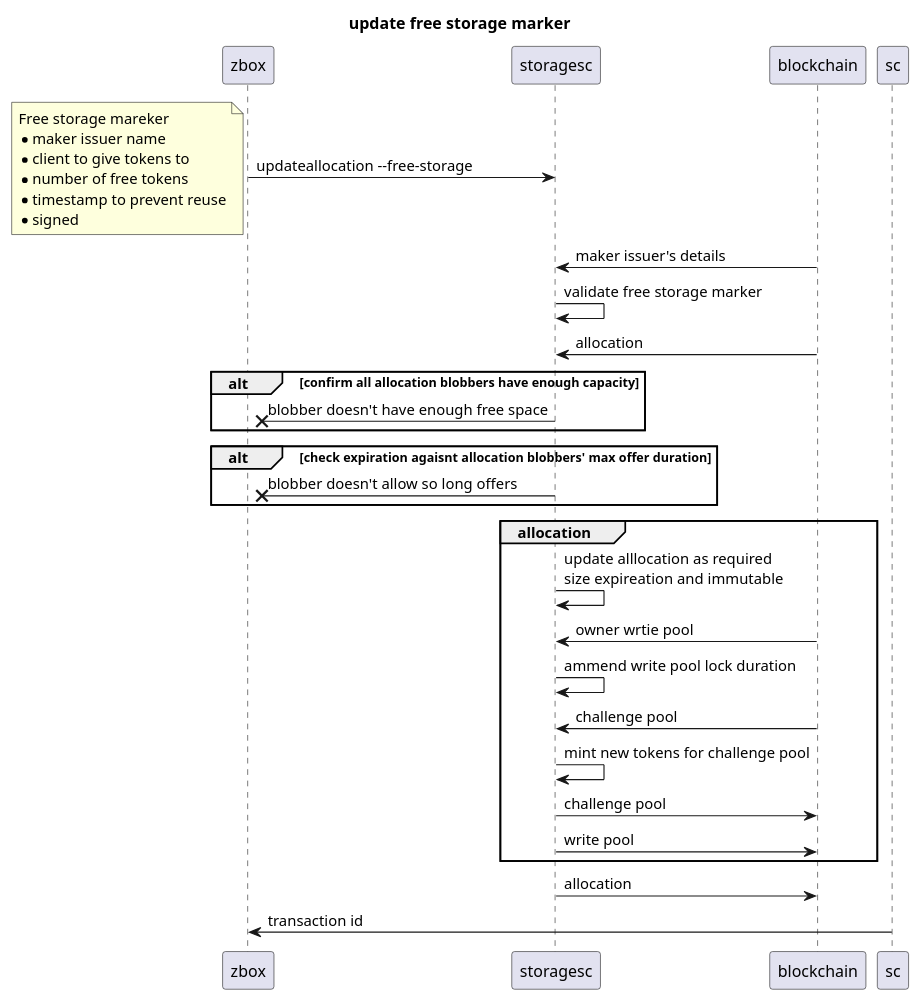
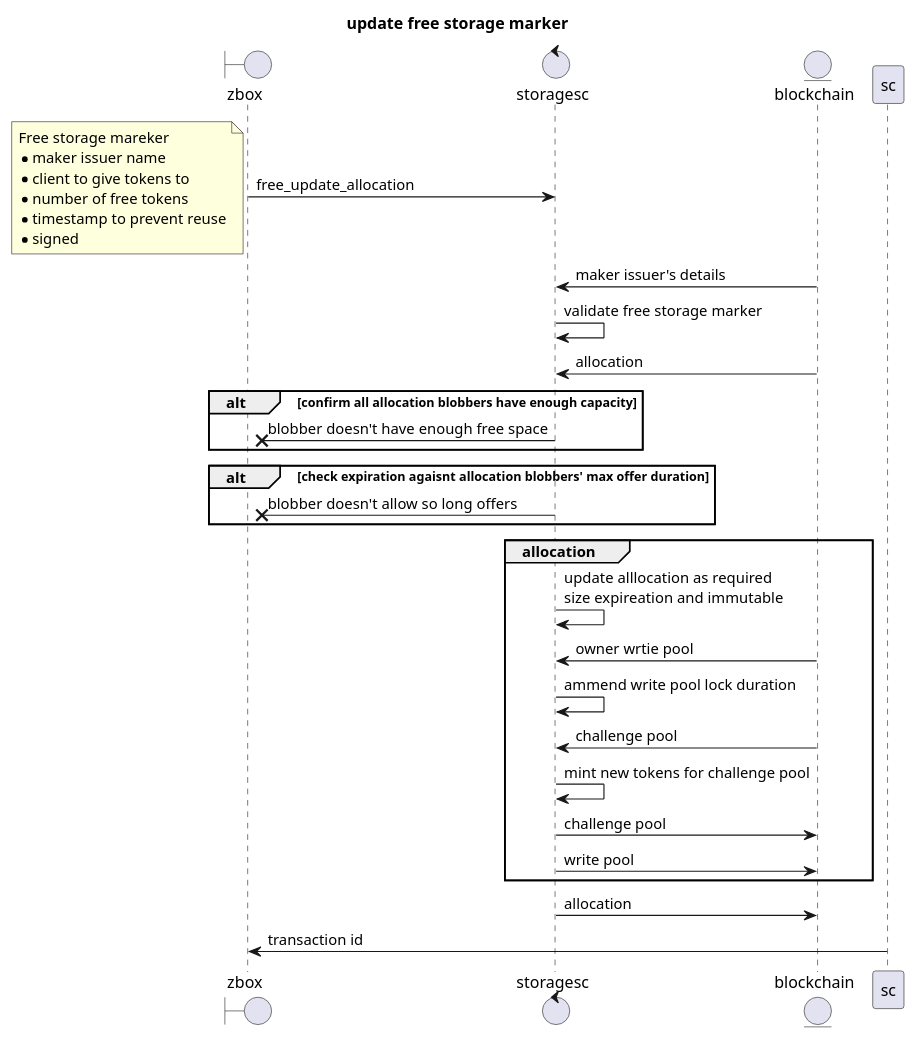
One commit to 0chain/zboxcli changed diagram 24 of 32 in documents/uml.md. Above: the diagram before and after it, drawn with PlantUML. The commit also changed other lines of this file and 1 other file, not shown here.

````diff
--- a/documents/uml.md
+++ b/documents/uml.md
@@ -555,32 +555,35 @@
 ```puml
 title update free storage marker
-zbox ->storagesc: updateallocation --free-storage 
+boundary zbox
+control storagesc
+entity blockchain
+zbox ->storagesc: free_update_allocation
 note left
     Free storage mareker
     * maker issuer name
     * client to give tokens to
     * number of free tokens     
     * timestamp to prevent reuse
     * signed
 end note   
    storagesc<- blockchain : maker issuer's details
    storagesc->storagesc: validate free storage marker
     blockchain ->storagesc: allocation
     alt confirm all allocation blobbers have enough capacity
        storagesc->x zbox : blobber doesn't have enough free space
     end
     alt check expiration agaisnt allocation blobbers' max offer duration
        storagesc->x zbox : blobber doesn't allow so long offers
     end
     group allocation
        storagesc->storagesc: update alllocation as required\nsize expireation and immutable
         blockchain ->storagesc: owner wrtie pool
        storagesc->storagesc: ammend write pool lock duration
         blockchain ->storagesc: challenge pool
        storagesc->storagesc: mint new tokens for challenge pool
        storagesc-> blockchain : challenge pool
        storagesc-> blockchain : write pool
     end
    storagesc-> blockchain : allocation
 sc -> zbox : transaction id
 ```
````
